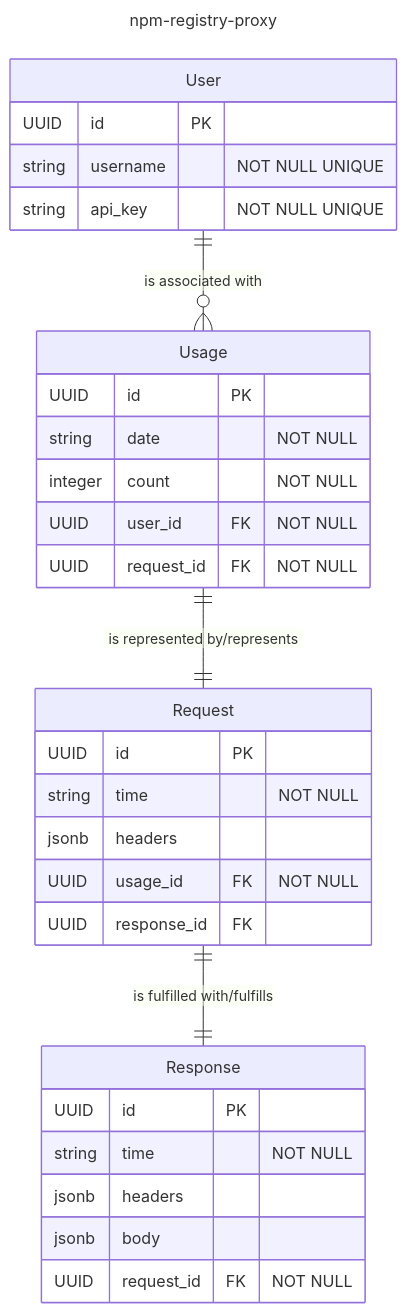
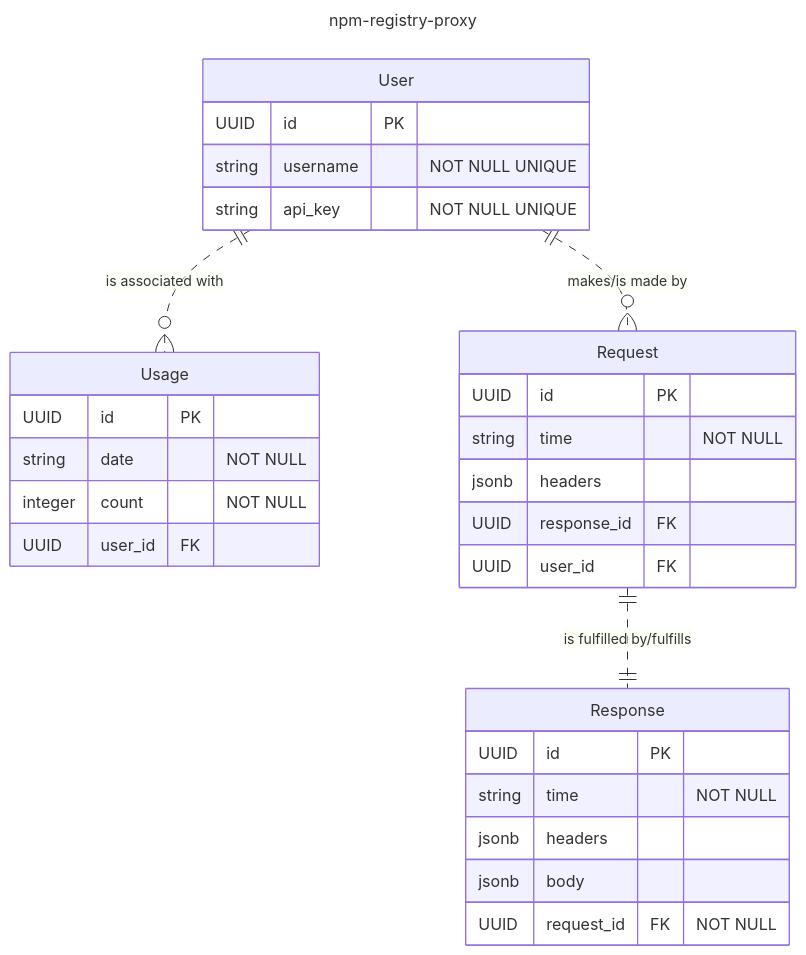
One commit to eisukeesaki/npm-registry-api-proxy changed the diagram in appdata/diagrams/entity-relationship-diagram.mmd. Above: the diagram before and after it, drawn with Mermaid. The commit also changed 1 other file, not shown here.

Commit message:
reflected corrected data model to ERD

```diff
--- a/appdata/diagrams/entity-relationship-diagram.mmd
+++ b/appdata/diagrams/entity-relationship-diagram.mmd
@@ -1,33 +1,32 @@
 ---
 title: npm-registry-proxy
 ---
 erDiagram
-    User ||--o{ Usage: "is associated with"
-    Usage ||--|| Request: "is represented by/represents"
-    Request ||--|| Response: "is fulfilled with/fulfills"
+    User ||..o{ Usage: "is associated with"
+    User ||..o{ Request: "makes/is made by"
+    Request ||..|| Response: "is fulfilled by/fulfills"
     User {
         UUID id PK
         string username "NOT NULL UNIQUE"
         string api_key "NOT NULL UNIQUE"
     }
     Usage {
         UUID id PK
         string date "NOT NULL"
         integer count "NOT NULL"
-        UUID user_id FK "NOT NULL"
-        UUID request_id FK "NOT NULL"
+        UUID user_id FK
     }
     Request {
         UUID id PK
         string time "NOT NULL"
         jsonb headers
-        UUID usage_id FK "NOT NULL"
         UUID response_id  FK
+        UUID user_id FK
     }
     Response {
         UUID id PK
         string time "NOT NULL"
         jsonb headers
         jsonb body
         UUID request_id FK "NOT NULL"
     }
```
